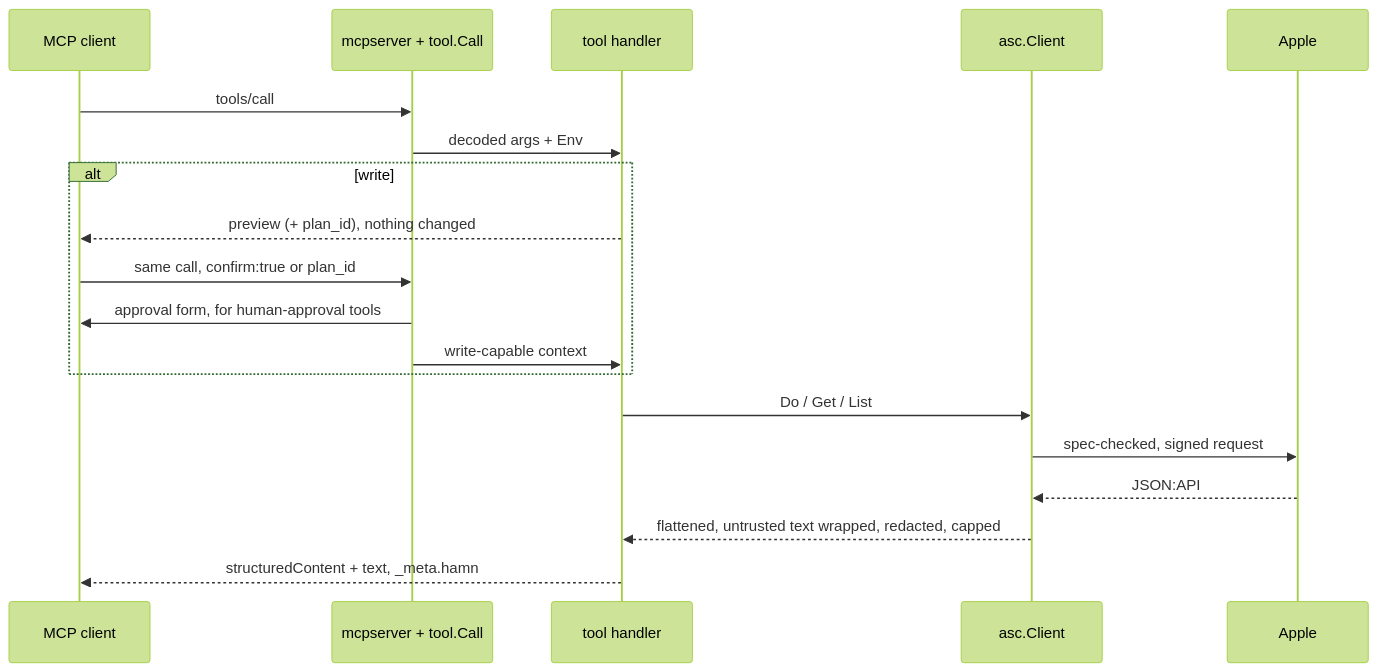
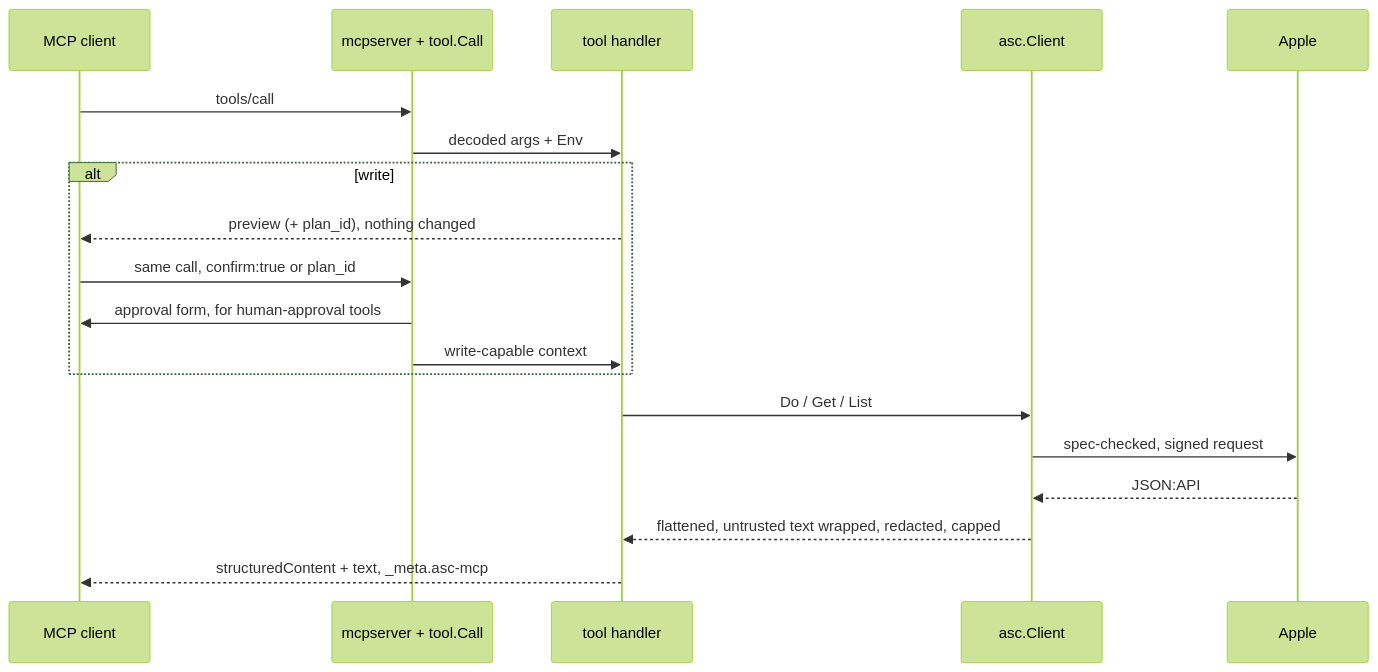
Before and after one commit to idoo/app-store-connect-mcp: the diagram in docs/ARCHITECTURE.md, drawn with Mermaid (forest theme). The commit also changed other lines of this file and 313 other files, not shown here.

Commit message:
chore!: rename Hamn to app-store-connect-mcp, binary asc-mcp

````diff
--- a/docs/ARCHITECTURE.md
+++ b/docs/ARCHITECTURE.md
@@ -25,22 +25,22 @@
 ```mermaid
 sequenceDiagram
     participant C as MCP client
     participant T as mcpserver + tool.Call
     participant H as tool handler
     participant A as asc.Client
     participant Apple
 
     C->>T: tools/call
     T->>H: decoded args + Env
     alt write
         H-->>C: preview (+ plan_id), nothing changed
         C->>T: same call, confirm:true or plan_id
         T->>C: approval form, for human-approval tools
         T->>H: write-capable context
     end
     H->>A: Do / Get / List
     A->>Apple: spec-checked, signed request
     Apple-->>A: JSON:API
     A-->>H: flattened, untrusted text wrapped, redacted, capped
-    H-->>C: structuredContent + text, _meta.hamn
+    H-->>C: structuredContent + text, _meta.asc-mcp
 ```
````
